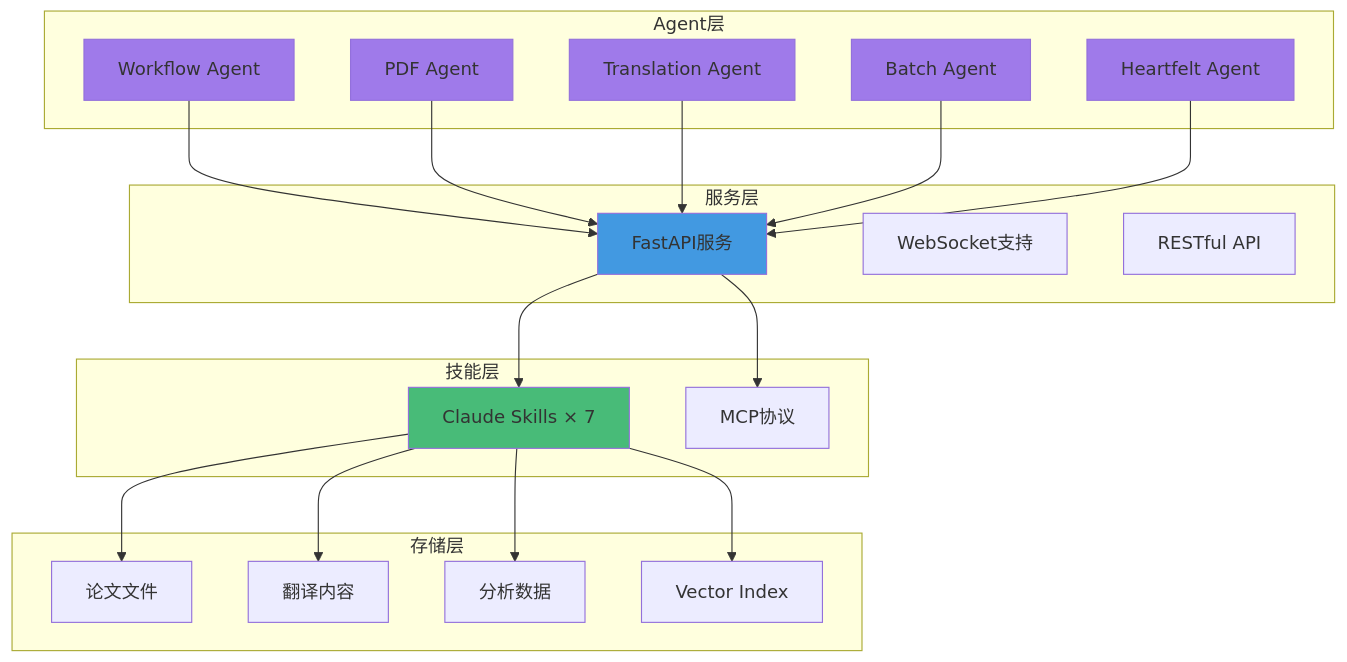
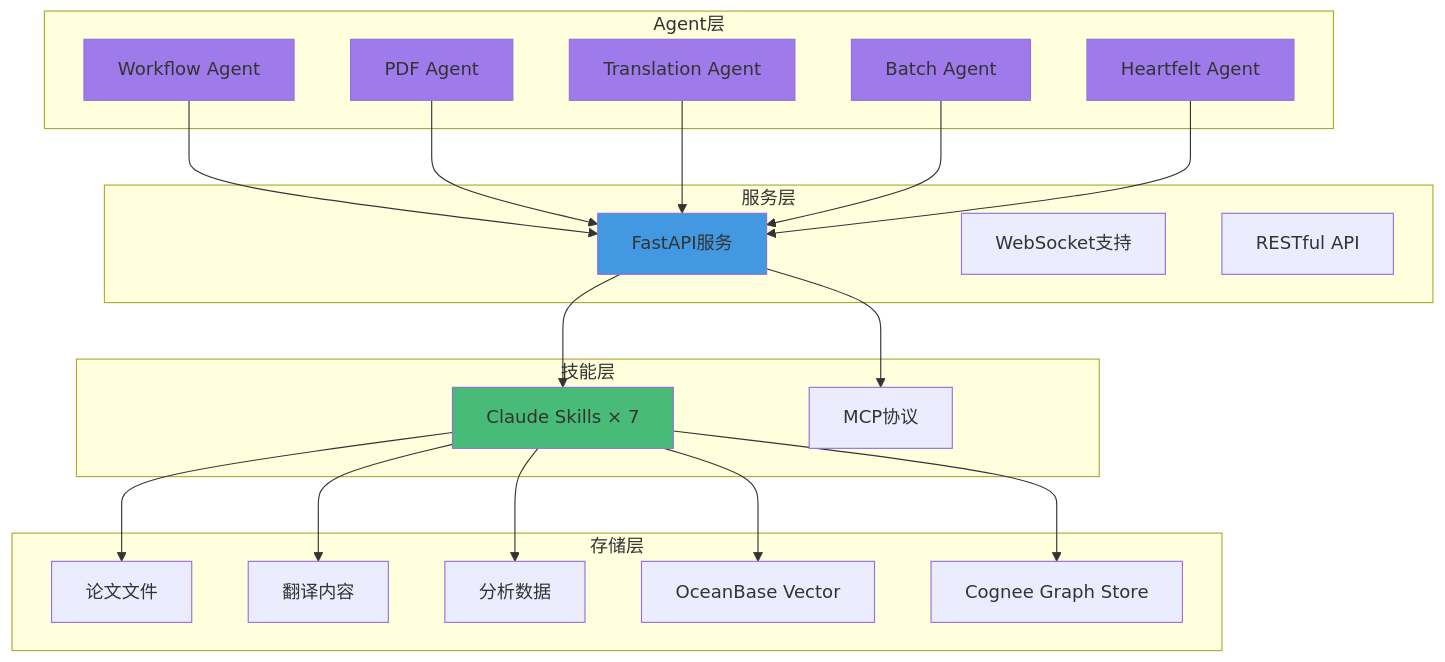
The second of 6 diagrams in docs/000-roadmap.md (ThreeFish-AI/agentic-ai-cognizes), drawn with Mermaid before and after one commit. The commit also changed other lines of this file and 2 other files, not shown here.

First line of the commit message:
docs(Cognee): 添加 Cognee 集成方案和调研文档;

````diff
--- a/docs/000-roadmap.md
+++ b/docs/000-roadmap.md
@@ -53,51 +54,53 @@
 ```mermaid
 graph TB
     subgraph "Agent层"
         A1[Workflow Agent]
         A2[PDF Agent]
         A3[Translation Agent]
         A4[Batch Agent]
         A5[Heartfelt Agent]
     end
 
     subgraph "服务层"
         B1[FastAPI服务]
         B2[WebSocket支持]
         B3[RESTful API]
     end
 
     subgraph "技能层"
         C1[Claude Skills × 7]
         C2[MCP协议]
     end
 
     subgraph "存储层"
         D1[论文文件]
         D2[翻译内容]
         D3[分析数据]
-        D4[Vector Index]
+        D4[OceanBase Vector]
+        D5[Cognee Graph Store]
     end
 
     A1 --> B1
     A2 --> B1
     A3 --> B1
     A4 --> B1
     A5 --> B1
 
     B1 --> C1
     B1 --> C2
 
     C1 --> D1
     C1 --> D2
     C1 --> D3
     C1 --> D4
+    C1 --> D5
 
     style A1 fill:#9f7aea
     style A2 fill:#9f7aea
     style A3 fill:#9f7aea
     style A4 fill:#9f7aea
     style A5 fill:#9f7aea
     style A5 fill:#9f7aea
     style B1 fill:#4299e1
     style C1 fill:#48bb78
 ```
````
